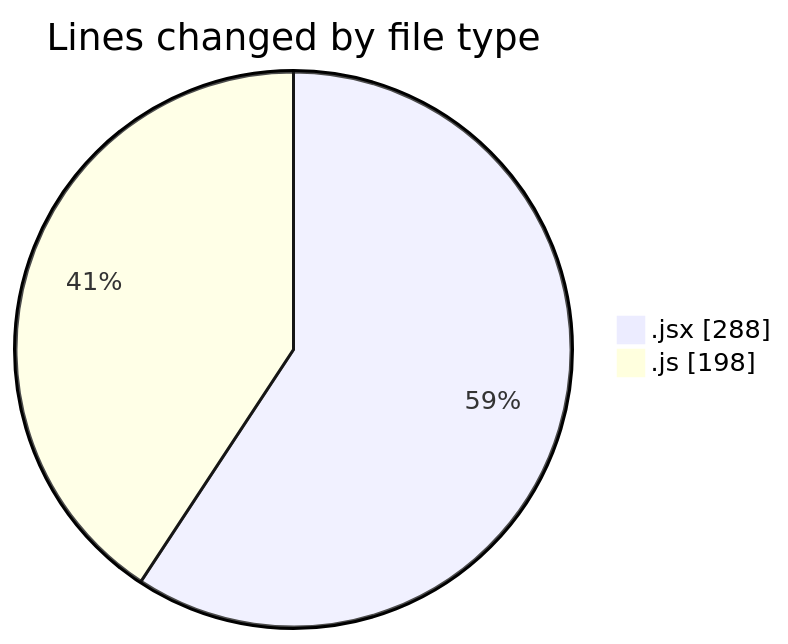
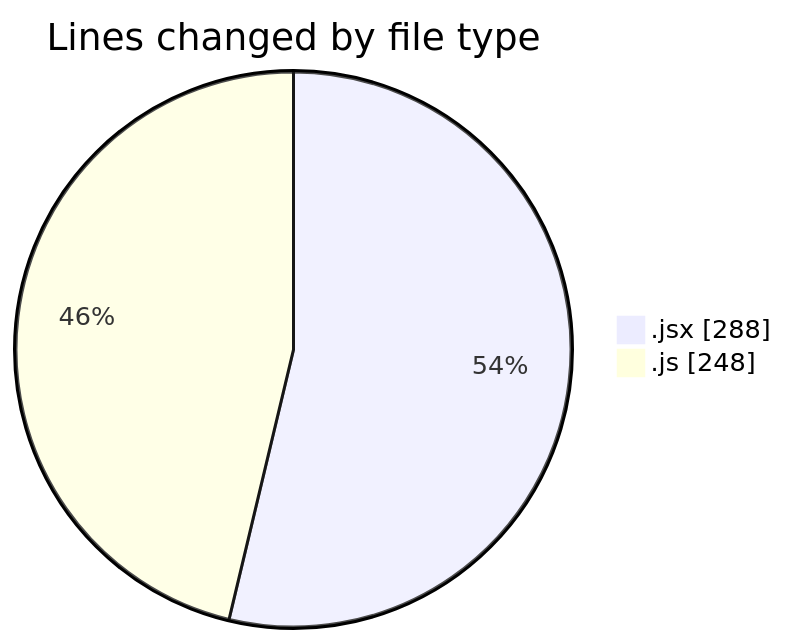
Before and after one commit to nxtqubesakshisongat/code-tracking: the first of 2 diagrams in 2025-06-05/nxtqube_webapp/README.md, drawn with Mermaid. The commit also changed other lines of this file and 1 other file, not shown here.

````diff
--- a/2025-06-05/nxtqube_webapp/README.md
+++ b/2025-06-05/nxtqube_webapp/README.md
@@ -22,6 +23,6 @@
 ```mermaid
 pie showData
 title Lines changed by file type
 ".jsx" : 288
-".js" : 198
+".js" : 248
 ```
````
